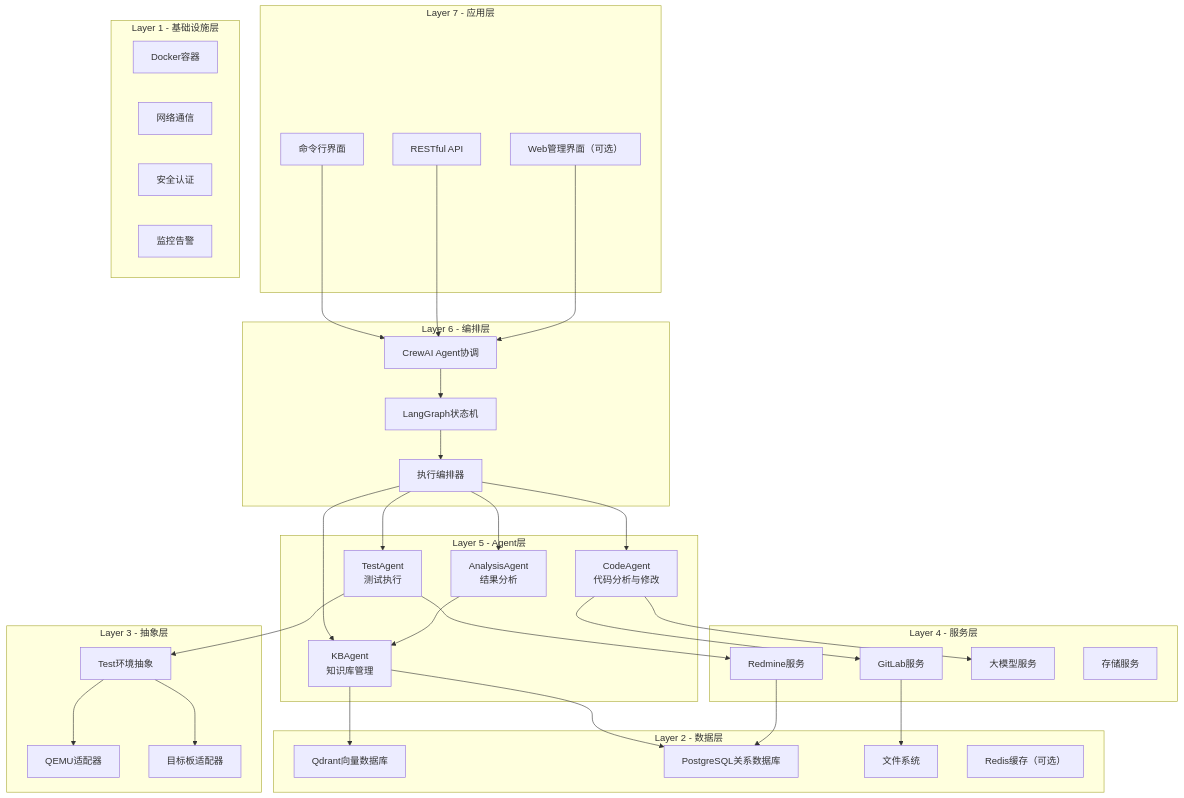
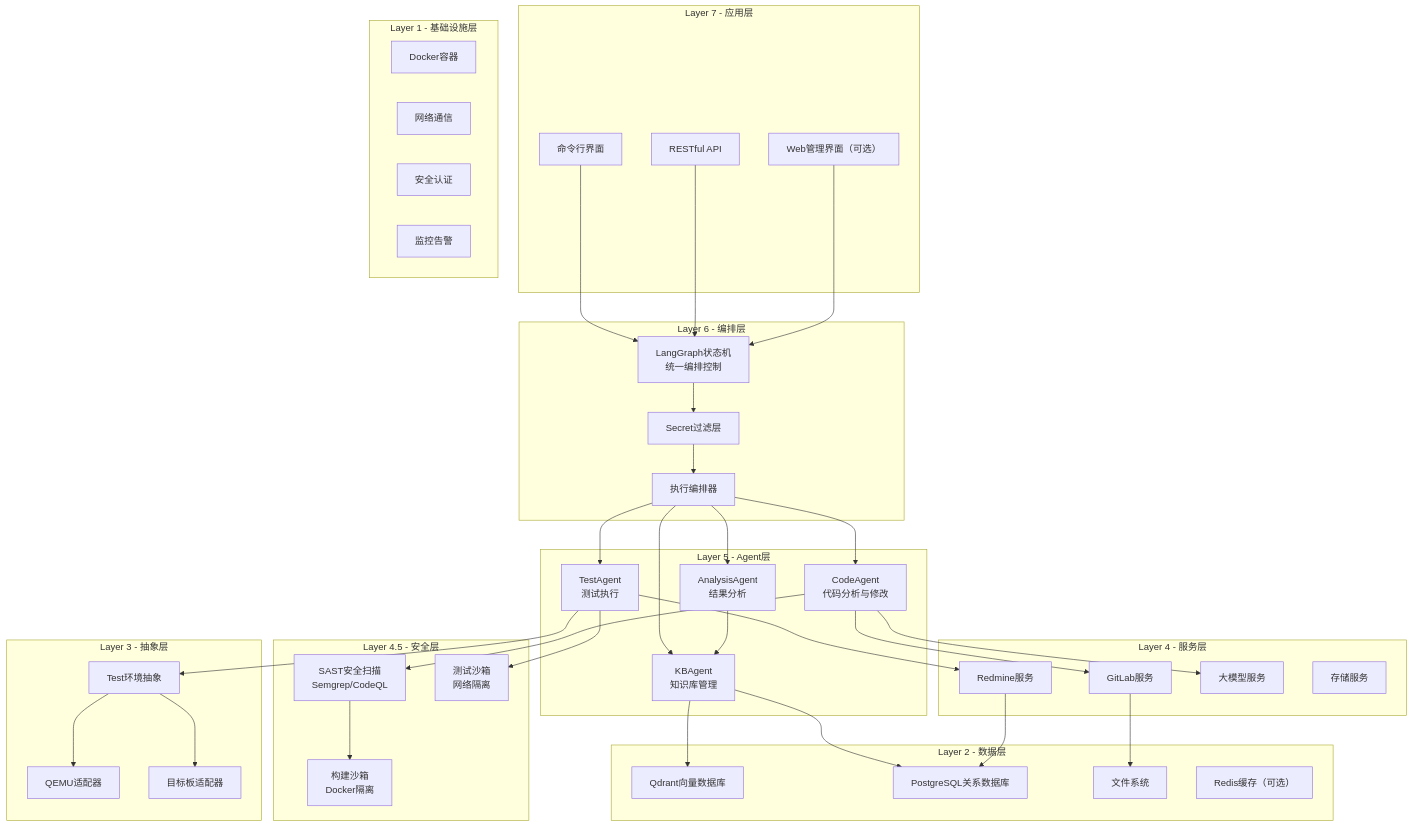
The first of 14 diagrams in docs/ARCHITECTURE_V2.md (duzailian/dev-agents-v2), drawn with Mermaid before and after one commit. The commit also changed other lines of this file and 5 other files, not shown here.

```diff
--- a/docs/ARCHITECTURE_V2.md
+++ b/docs/ARCHITECTURE_V2.md
@@ -55,18 +60,24 @@
         API[RESTful API]
         WebUI[Web管理界面（可选）]
     end
-    
+
     subgraph "Layer 6 - 编排层"
-        CrewAI[CrewAI Agent协调]
-        LangGraph[LangGraph状态机]
+        LangGraph[LangGraph状态机<br/>统一编排控制]
         Orchestrator[执行编排器]
+        SecretFilter[Secret过滤层]
     end
-    
+
     subgraph "Layer 5 - Agent层"
         CodeAgent[CodeAgent<br/>代码分析与修改]
         TestAgent[TestAgent<br/>测试执行]
         AnalysisAgent[AnalysisAgent<br/>结果分析]
         KBAgent[KBAgent<br/>知识库管理]
+    end
+
+    subgraph "Layer 4.5 - 安全层"
+        SASTScanner[SAST安全扫描<br/>Semgrep/CodeQL]
+        BuildSandbox[构建沙箱<br/>Docker隔离]
+        TestSandbox[测试沙箱<br/>网络隔离]
     end
     
     subgraph "Layer 4 - 服务层"
@@ -96,18 +107,22 @@
         Monitoring[监控告警]
     end
     
-    CLI --> CrewAI
-    API --> CrewAI
-    WebUI --> CrewAI
-    
-    CrewAI --> LangGraph
-    LangGraph --> Orchestrator
-    
+    CLI --> LangGraph
+    API --> LangGraph
+    WebUI --> LangGraph
+
+    LangGraph --> SecretFilter
+    SecretFilter --> Orchestrator
+
     Orchestrator --> CodeAgent
     Orchestrator --> TestAgent
     Orchestrator --> AnalysisAgent
     Orchestrator --> KBAgent
-    
+
+    CodeAgent --> SASTScanner
+    SASTScanner --> BuildSandbox
+    TestAgent --> TestSandbox
+
     CodeAgent --> ModelService
     TestAgent --> TestEnv
     AnalysisAgent --> KBAgent
```
